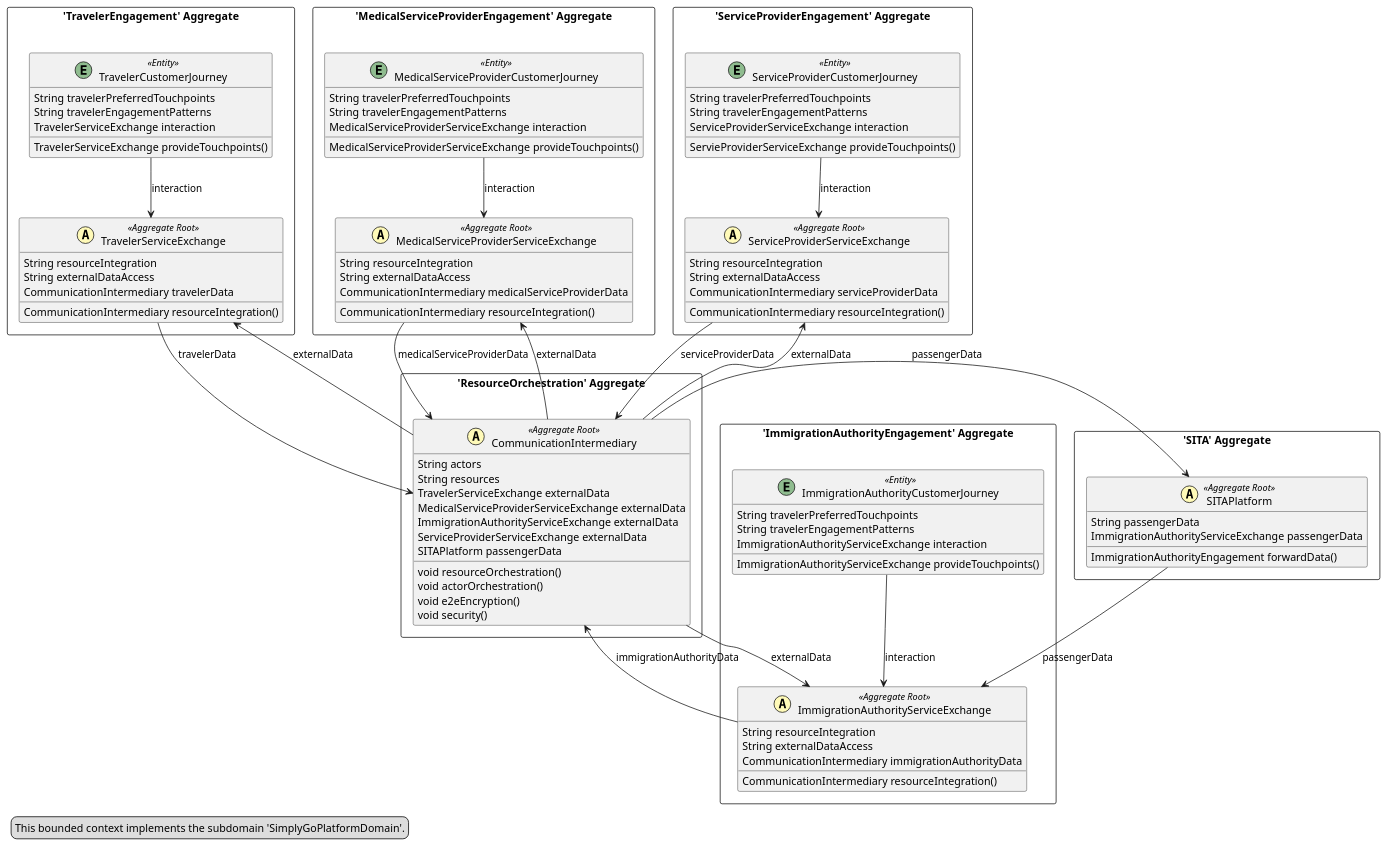
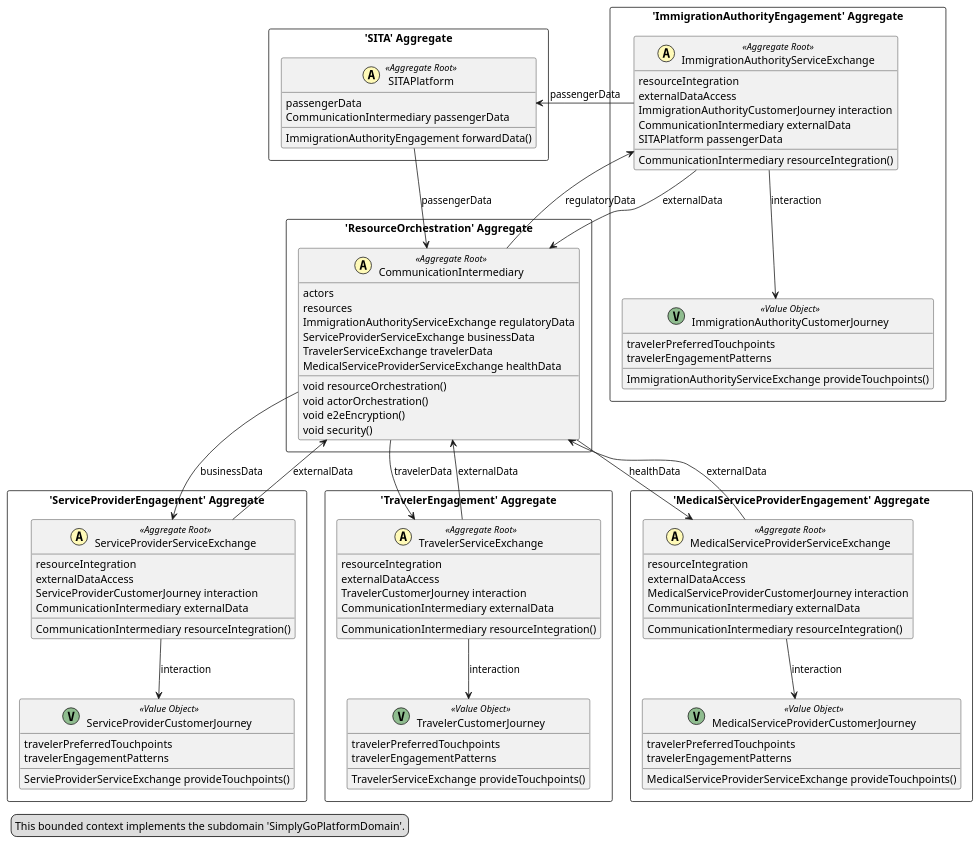
Before and after one commit to NormanBaechtold/ServiceSystem: the diagram in src-gen/serviceSystem_BC_SimplyGo.puml, drawn with PlantUML. The commit also changed 57 other files, not shown here.

```diff
--- a/src-gen/serviceSystem_BC_SimplyGo.puml
+++ b/src-gen/serviceSystem_BC_SimplyGo.puml
@@ -1,102 +1,102 @@
 @startuml
 
 skinparam componentStyle uml2
 
-package "'TravelerEngagement' Aggregate" <<Rectangle>> {
-	class TravelerCustomerJourney <<(E,DarkSeaGreen) Entity>> {
-		String travelerPreferredTouchpoints
-		String travelerEngagementPatterns
-		TravelerServiceExchange interaction
-		TravelerServiceExchange provideTouchpoints()
-	}
-	class TravelerServiceExchange <<(A,#fffab8) Aggregate Root>> {
-		String resourceIntegration
-		String externalDataAccess
-		CommunicationIntermediary travelerData
-		CommunicationIntermediary resourceIntegration()
-	}
-}
-package "'MedicalServiceProviderEngagement' Aggregate" <<Rectangle>> {
-	class MedicalServiceProviderCustomerJourney <<(E,DarkSeaGreen) Entity>> {
-		String travelerPreferredTouchpoints
-		String travelerEngagementPatterns
-		MedicalServiceProviderServiceExchange interaction
-		MedicalServiceProviderServiceExchange provideTouchpoints()
-	}
-	class MedicalServiceProviderServiceExchange <<(A,#fffab8) Aggregate Root>> {
-		String resourceIntegration
-		String externalDataAccess
-		CommunicationIntermediary medicalServiceProviderData
-		CommunicationIntermediary resourceIntegration()
-	}
-}
-package "'ImmigrationAuthorityEngagement' Aggregate" <<Rectangle>> {
-	class ImmigrationAuthorityCustomerJourney <<(E,DarkSeaGreen) Entity>> {
-		String travelerPreferredTouchpoints
-		String travelerEngagementPatterns
-		ImmigrationAuthorityServiceExchange interaction
-		ImmigrationAuthorityServiceExchange provideTouchpoints()
-	}
-	class ImmigrationAuthorityServiceExchange <<(A,#fffab8) Aggregate Root>> {
-		String resourceIntegration
-		String externalDataAccess
-		CommunicationIntermediary immigrationAuthorityData
-		CommunicationIntermediary resourceIntegration()
-	}
-}
-package "'ServiceProviderEngagement' Aggregate" <<Rectangle>> {
-	class ServiceProviderCustomerJourney <<(E,DarkSeaGreen) Entity>> {
-		String travelerPreferredTouchpoints
-		String travelerEngagementPatterns
-		ServiceProviderServiceExchange interaction
-		ServieProviderServiceExchange provideTouchpoints()
-	}
-	class ServiceProviderServiceExchange <<(A,#fffab8) Aggregate Root>> {
-		String resourceIntegration
-		String externalDataAccess
-		CommunicationIntermediary serviceProviderData
-		CommunicationIntermediary resourceIntegration()
+package "'SITA' Aggregate" <<Rectangle>> {
+	class SITAPlatform <<(A,#fffab8) Aggregate Root>> {
+		passengerData
+		CommunicationIntermediary passengerData
+		ImmigrationAuthorityEngagement forwardData()
 	}
 }
 package "'ResourceOrchestration' Aggregate" <<Rectangle>> {
 	class CommunicationIntermediary <<(A,#fffab8) Aggregate Root>> {
-		String actors
-		String resources
-		TravelerServiceExchange externalData
-		MedicalServiceProviderServiceExchange externalData
-		ImmigrationAuthorityServiceExchange externalData
-		ServiceProviderServiceExchange externalData
-		SITAPlatform passengerData
+		actors
+		resources
+		ImmigrationAuthorityServiceExchange regulatoryData
+		ServiceProviderServiceExchange businessData
+		TravelerServiceExchange travelerData
+		MedicalServiceProviderServiceExchange healthData
 		void resourceOrchestration()
 		void actorOrchestration()
 		void e2eEncryption()
 		void security()
 	}
 }
-package "'SITA' Aggregate" <<Rectangle>> {
-	class SITAPlatform <<(A,#fffab8) Aggregate Root>> {
-		String passengerData
-		ImmigrationAuthorityServiceExchange passengerData
-		ImmigrationAuthorityEngagement forwardData()
+package "'ImmigrationAuthorityEngagement' Aggregate" <<Rectangle>> {
+	class ImmigrationAuthorityCustomerJourney <<(V,DarkSeaGreen) Value Object>> {
+		travelerPreferredTouchpoints
+		travelerEngagementPatterns
+		ImmigrationAuthorityServiceExchange provideTouchpoints()
+	}
+	class ImmigrationAuthorityServiceExchange <<(A,#fffab8) Aggregate Root>> {
+		resourceIntegration
+		externalDataAccess
+		ImmigrationAuthorityCustomerJourney interaction
+		CommunicationIntermediary externalData
+		SITAPlatform passengerData
+		CommunicationIntermediary resourceIntegration()
 	}
 }
-TravelerCustomerJourney --> TravelerServiceExchange : interaction
-TravelerServiceExchange --> CommunicationIntermediary : travelerData
-MedicalServiceProviderCustomerJourney --> MedicalServiceProviderServiceExchange : interaction
-MedicalServiceProviderServiceExchange --> CommunicationIntermediary : medicalServiceProviderData
-ImmigrationAuthorityCustomerJourney --> ImmigrationAuthorityServiceExchange : interaction
-ImmigrationAuthorityServiceExchange --> CommunicationIntermediary : immigrationAuthorityData
-ServiceProviderCustomerJourney --> ServiceProviderServiceExchange : interaction
-ServiceProviderServiceExchange --> CommunicationIntermediary : serviceProviderData
-CommunicationIntermediary --> TravelerServiceExchange : externalData
-CommunicationIntermediary --> MedicalServiceProviderServiceExchange : externalData
-CommunicationIntermediary --> ImmigrationAuthorityServiceExchange : externalData
-CommunicationIntermediary --> ServiceProviderServiceExchange : externalData
-CommunicationIntermediary --> SITAPlatform : passengerData
-SITAPlatform --> ImmigrationAuthorityServiceExchange : passengerData
+package "'ServiceProviderEngagement' Aggregate" <<Rectangle>> {
+	class ServiceProviderCustomerJourney <<(V,DarkSeaGreen) Value Object>> {
+		travelerPreferredTouchpoints
+		travelerEngagementPatterns
+		ServieProviderServiceExchange provideTouchpoints()
+	}
+	class ServiceProviderServiceExchange <<(A,#fffab8) Aggregate Root>> {
+		resourceIntegration
+		externalDataAccess
+		ServiceProviderCustomerJourney interaction
+		CommunicationIntermediary externalData
+		CommunicationIntermediary resourceIntegration()
+	}
+}
+package "'TravelerEngagement' Aggregate" <<Rectangle>> {
+	class TravelerCustomerJourney <<(V,DarkSeaGreen) Value Object>> {
+		travelerPreferredTouchpoints
+		travelerEngagementPatterns
+		TravelerServiceExchange provideTouchpoints()
+	}
+	class TravelerServiceExchange <<(A,#fffab8) Aggregate Root>> {
+		resourceIntegration
+		externalDataAccess
+		TravelerCustomerJourney interaction
+		CommunicationIntermediary externalData
+		CommunicationIntermediary resourceIntegration()
+	}
+}
+package "'MedicalServiceProviderEngagement' Aggregate" <<Rectangle>> {
+	class MedicalServiceProviderCustomerJourney <<(V,DarkSeaGreen) Value Object>> {
+		travelerPreferredTouchpoints
+		travelerEngagementPatterns
+		MedicalServiceProviderServiceExchange provideTouchpoints()
+	}
+	class MedicalServiceProviderServiceExchange <<(A,#fffab8) Aggregate Root>> {
+		resourceIntegration
+		externalDataAccess
+		MedicalServiceProviderCustomerJourney interaction
+		CommunicationIntermediary externalData
+		CommunicationIntermediary resourceIntegration()
+	}
+}
+SITAPlatform --> CommunicationIntermediary : passengerData
+CommunicationIntermediary --> ImmigrationAuthorityServiceExchange : regulatoryData
+CommunicationIntermediary --> ServiceProviderServiceExchange : businessData
+CommunicationIntermediary --> TravelerServiceExchange : travelerData
+CommunicationIntermediary --> MedicalServiceProviderServiceExchange : healthData
+ImmigrationAuthorityServiceExchange --> ImmigrationAuthorityCustomerJourney : interaction
+ImmigrationAuthorityServiceExchange --> CommunicationIntermediary : externalData
+ImmigrationAuthorityServiceExchange --> SITAPlatform : passengerData
+ServiceProviderServiceExchange --> ServiceProviderCustomerJourney : interaction
+ServiceProviderServiceExchange --> CommunicationIntermediary : externalData
+TravelerServiceExchange --> TravelerCustomerJourney : interaction
+TravelerServiceExchange --> CommunicationIntermediary : externalData
+MedicalServiceProviderServiceExchange --> MedicalServiceProviderCustomerJourney : interaction
+MedicalServiceProviderServiceExchange --> CommunicationIntermediary : externalData
 legend left
   This bounded context implements the subdomain 'SimplyGoPlatformDomain'.
 end legend
 
 
 @enduml
```
